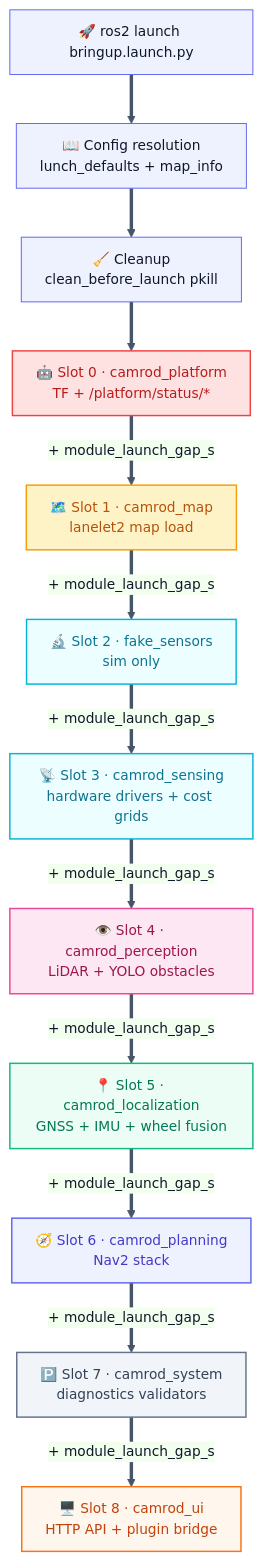
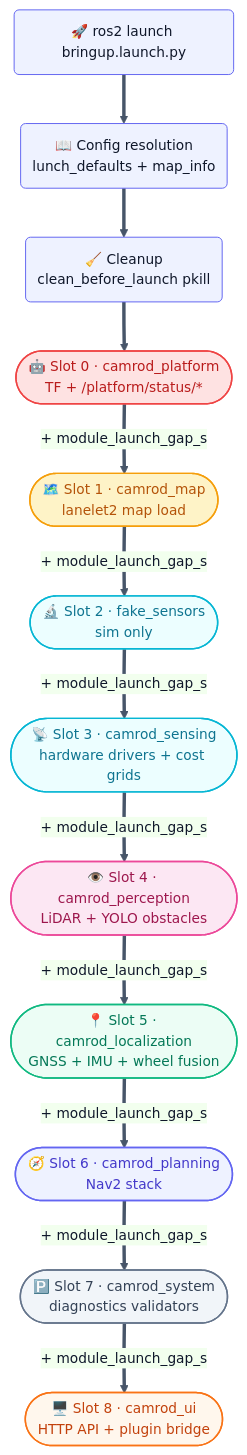
The second of 3 diagrams in camrod_bringup/README.md (hwanhonglee/CAMROD), drawn with Mermaid before and after one commit. The commit also changed other lines of this file and 12 other files, not shown here.

First line of the commit message:
docs(v4): unified Mermaid shape convention + runtime data flow diagram

````diff
--- a/camrod_bringup/README.md
+++ b/camrod_bringup/README.md
@@ -101,38 +101,38 @@
 ```mermaid
 %%{init: {'theme': 'base', 'themeVariables': {'fontFamily': 'ui-sans-serif, system-ui, sans-serif', 'fontSize': '14px', 'primaryColor': '#EEF2FF', 'primaryTextColor': '#0F172A', 'primaryBorderColor': '#6366F1', 'lineColor': '#475569'}, 'flowchart': {'curve': 'basis', 'htmlLabels': true, 'padding': 12}}}%%
 graph TD
   classDef sensing      fill:#ECFEFF,stroke:#06B6D4,stroke-width:1.5px,color:#0E7490;
   classDef localization fill:#ECFDF5,stroke:#10B981,stroke-width:1.5px,color:#047857;
   classDef mapping      fill:#FEF3C7,stroke:#F59E0B,stroke-width:1.5px,color:#B45309;
   classDef perception   fill:#FCE7F3,stroke:#EC4899,stroke-width:1.5px,color:#9D174D;
   classDef planning     fill:#EEF2FF,stroke:#6366F1,stroke-width:1.5px,color:#4338CA;
   classDef platform     fill:#FEE2E2,stroke:#EF4444,stroke-width:1.5px,color:#B91C1C;
   classDef parking      fill:#F5F3FF,stroke:#8B5CF6,stroke-width:1.5px,color:#6D28D9;
   classDef system       fill:#F1F5F9,stroke:#64748B,stroke-width:1.5px,color:#334155;
   classDef ui           fill:#FFF7ED,stroke:#F97316,stroke-width:1.5px,color:#C2410C;
   classDef highlight    fill:#FEF9C3,stroke:#CA8A04,stroke-width:2.5px,color:#713F12;
 
-  LAUNCH[🚀 ros2 launch bringup.launch.py] ==> CFG
-  CFG[📖 Config resolution\nlunch_defaults + map_info] ==> CLEAN
-  CLEAN[🧹 Cleanup\nclean_before_launch pkill] ==> S0
+  LAUNCH(🚀 ros2 launch bringup.launch.py) ==> CFG
+  CFG(📖 Config resolution\nlunch_defaults + map_info) ==> CLEAN
+  CLEAN(🧹 Cleanup\nclean_before_launch pkill) ==> S0
 
-  S0[🤖 Slot 0 · camrod_platform\nTF + /platform/status/*] ==>|+ module_launch_gap_s| S1
-  S1[🗺️ Slot 1 · camrod_map\nlanelet2 map load] ==>|+ module_launch_gap_s| S2
-  S2[🔬 Slot 2 · fake_sensors\nsim only] ==>|+ module_launch_gap_s| S3
-  S3[📡 Slot 3 · camrod_sensing\nhardware drivers + cost grids] ==>|+ module_launch_gap_s| S4
-  S4[👁️ Slot 4 · camrod_perception\nLiDAR + YOLO obstacles] ==>|+ module_launch_gap_s| S5
-  S5[📍 Slot 5 · camrod_localization\nGNSS + IMU + wheel fusion] ==>|+ module_launch_gap_s| S6
-  S6[🧭 Slot 6 · camrod_planning\nNav2 stack] ==>|+ module_launch_gap_s| S7
-  S7[🅿️ Slot 7 · camrod_system\ndiagnostics validators] ==>|+ module_launch_gap_s| S8
-  S8[🖥️ Slot 8 · camrod_ui\nHTTP API + plugin bridge]
+  S0([🤖 Slot 0 · camrod_platform\nTF + /platform/status/*]) ==>|+ module_launch_gap_s| S1
+  S1([🗺️ Slot 1 · camrod_map\nlanelet2 map load]) ==>|+ module_launch_gap_s| S2
+  S2([🔬 Slot 2 · fake_sensors\nsim only]) ==>|+ module_launch_gap_s| S3
+  S3([📡 Slot 3 · camrod_sensing\nhardware drivers + cost grids]) ==>|+ module_launch_gap_s| S4
+  S4([👁️ Slot 4 · camrod_perception\nLiDAR + YOLO obstacles]) ==>|+ module_launch_gap_s| S5
+  S5([📍 Slot 5 · camrod_localization\nGNSS + IMU + wheel fusion]) ==>|+ module_launch_gap_s| S6
+  S6([🧭 Slot 6 · camrod_planning\nNav2 stack]) ==>|+ module_launch_gap_s| S7
+  S7([🅿️ Slot 7 · camrod_system\ndiagnostics validators]) ==>|+ module_launch_gap_s| S8
+  S8([🖥️ Slot 8 · camrod_ui\nHTTP API + plugin bridge])
 
   class S0 platform
   class S1 mapping
   class S2 sensing
   class S3 sensing
   class S4 perception
   class S5 localization
   class S6 planning
   class S7 system
   class S8 ui
 ```
````
